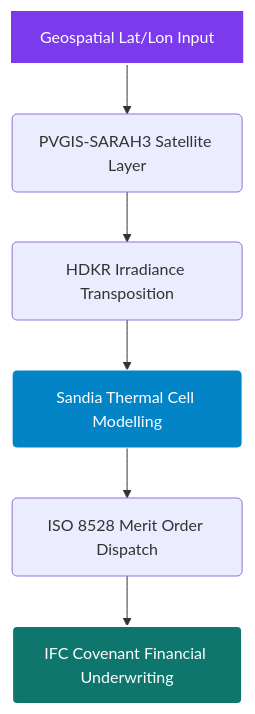
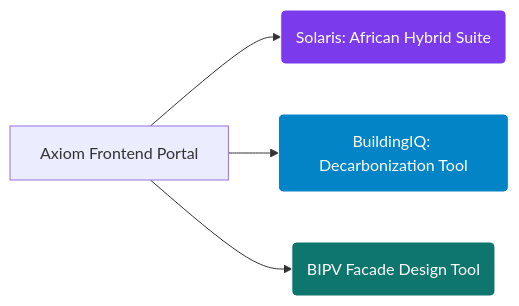
The diagram in README.md (bethelhash/Solar-Energy-Storage-APIs), drawn with Mermaid before and after one commit. The commit also changed other lines of this file, not shown here.

````diff
--- a/README.md
+++ b/README.md
@@ -47,12 +54,10 @@
 ```mermaid
-graph TD
-  A[Geospatial Lat/Lon Input] --> B(PVGIS-SARAH3 Satellite Layer)
-  B --> C(HDKR Irradiance Transposition)
-  C --> D(Sandia Thermal Cell Modelling)
-  D --> E(ISO 8528 Merit Order Dispatch)
-  E --> F(IFC Covenant Financial Underwriting)
+graph LR
+  A[Axiom Frontend Portal] --> B(Solaris: African Hybrid Suite)
+  A --> C(BuildingIQ: Decarbonization Tool)
+  A --> D(BIPV Facade Design Tool)
   
-  style A fill:#7c3aed,stroke:#fff,stroke-width:2px,color:#fff
-  style D fill:#0284c7,stroke:#fff,stroke-width:1px,color:#fff
-  style F fill:#0f766e,stroke:#fff,stroke-width:2px,color:#fff
+  style B fill:#7c3aed,stroke:#fff,stroke-width:1px,color:#fff
+  style C fill:#0284c7,stroke:#fff,stroke-width:1px,color:#fff
+  style D fill:#0f766e,stroke:#fff,stroke-width:1px,color:#fff
 ```
````
